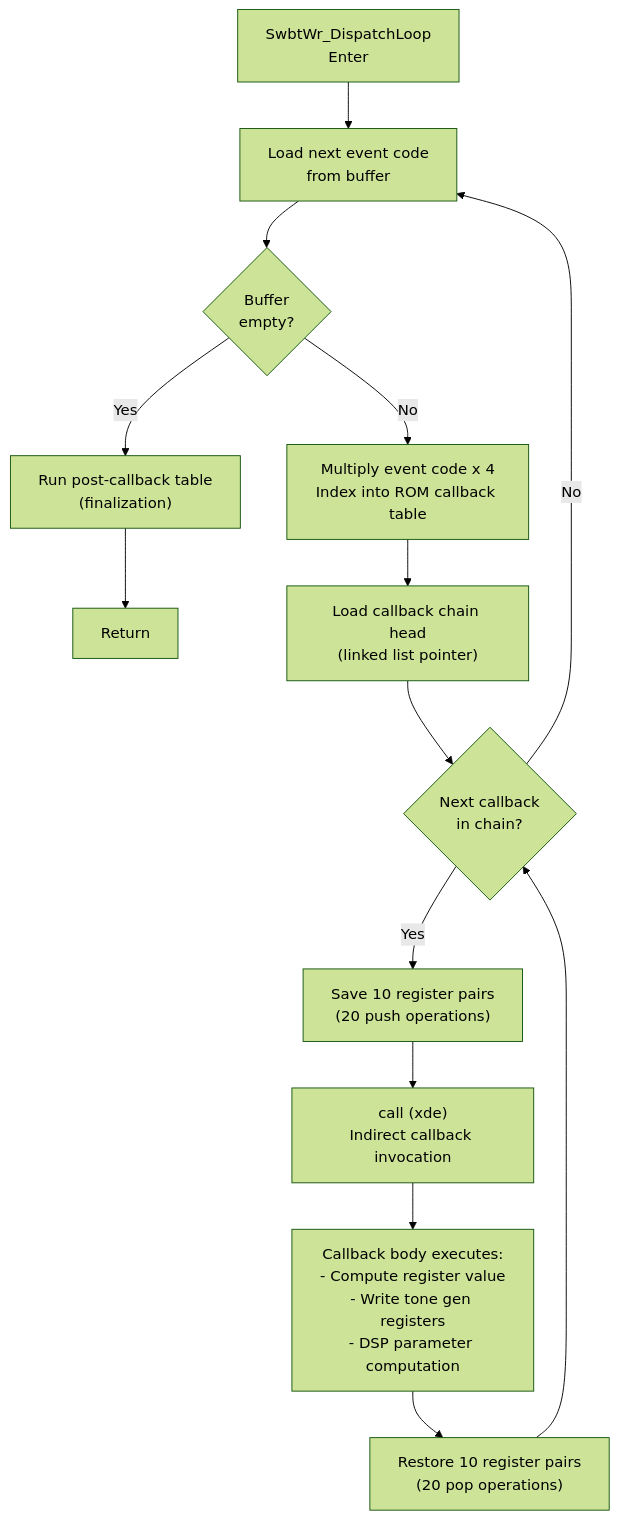
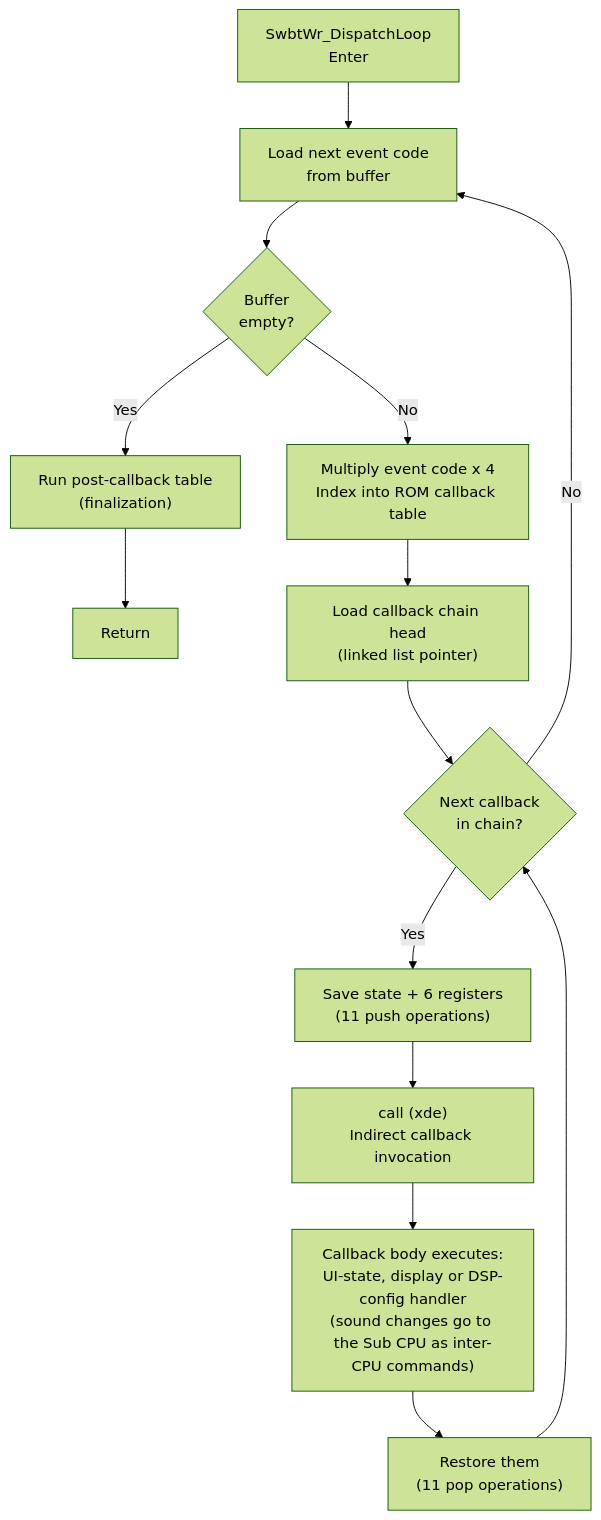
Before and after one commit to ArqueologiaDigital/technics-docs: the third of 4 diagrams in swbwr-tone-init.md, drawn with Mermaid (forest theme). The commit also changed other lines of this file and 1 other file, not shown here.

First line of the commit message:
audio-subsystem, swbwr-tone-init: correct stale and refuted claims

````diff
--- a/swbwr-tone-init.md
+++ b/swbwr-tone-init.md
@@ -275,18 +269,18 @@
 ```mermaid
 flowchart TD
     START["SwbtWr_DispatchLoop<br/>Enter"] --> LOAD["Load next event code<br/>from buffer"]
     LOAD --> EMPTY{"Buffer<br/>empty?"}
     EMPTY -- "Yes" --> POST["Run post-callback table<br/>(finalization)"]
     POST --> EXIT["Return"]
 
     EMPTY -- "No" --> INDEX["Multiply event code x 4<br/>Index into ROM callback table"]
     INDEX --> CHAIN["Load callback chain head<br/>(linked list pointer)"]
     CHAIN --> HASNEXT{"Next callback<br/>in chain?"}
 
     HASNEXT -- "No" --> LOAD
-    HASNEXT -- "Yes" --> PUSH["Save 10 register pairs<br/>(20 push operations)"]
+    HASNEXT -- "Yes" --> PUSH["Save state + 6 registers<br/>(11 push operations)"]
     PUSH --> CALL["call (xde)<br/>Indirect callback invocation"]
-    CALL --> BODY["Callback body executes:<br/>- Compute register value<br/>- Write tone gen registers<br/>- DSP parameter computation"]
-    BODY --> POP["Restore 10 register pairs<br/>(20 pop operations)"]
+    CALL --> BODY["Callback body executes:<br/>UI-state, display or DSP-config handler<br/>(sound changes go to the Sub CPU as inter-CPU commands)"]
+    BODY --> POP["Restore them<br/>(11 pop operations)"]
     POP --> HASNEXT
 ```
````
